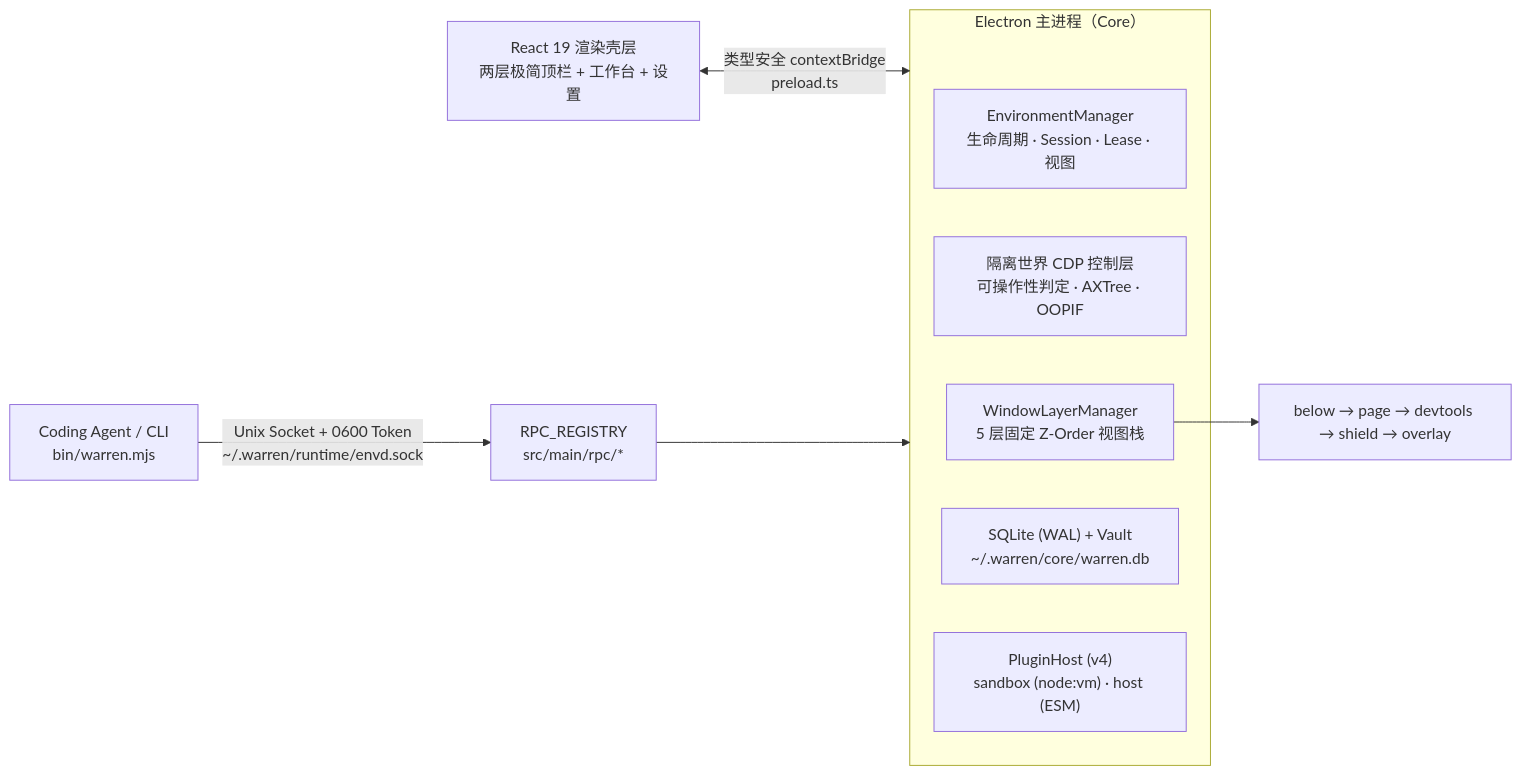
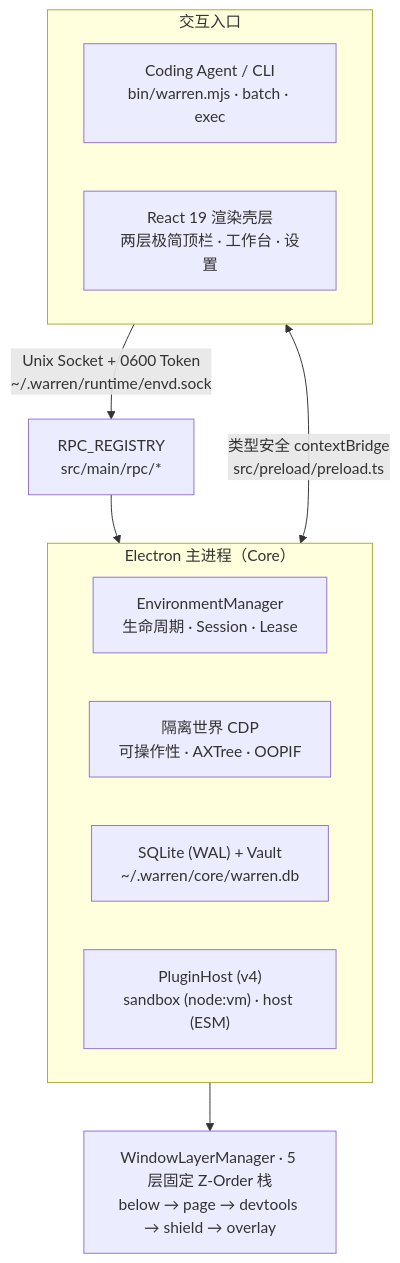
Before and after one commit to euanguo/warren: the diagram in README.zh-CN.md, drawn with Mermaid. The commit also changed other lines of this file and 7 other files, not shown here.

Commit message:
fix(ci,docs): host reliable local SVG badges, fix whistle CI install, and optimize Mermaid layout

````diff
--- a/README.zh-CN.md
+++ b/README.zh-CN.md
@@ -212,16 +210,22 @@
 ```mermaid
-flowchart LR
-  CLI["Coding Agent / CLI<br/>bin/warren.mjs"] -->|"Unix Socket + 0600 Token<br/>~/.warren/runtime/envd.sock"| RPC["RPC_REGISTRY<br/>src/main/rpc/*"]
-  UI["React 19 渲染壳层<br/>两层极简顶栏 + 工作台 + 设置"] <-->|"类型安全 contextBridge<br/>preload.ts"| Core
+flowchart TB
+  subgraph Clients["交互入口"]
+    direction LR
+    CLI["Coding Agent / CLI<br/>bin/warren.mjs · batch · exec"]
+    UI["React 19 渲染壳层<br/>两层极简顶栏 · 工作台 · 设置"]
+  end
+
+  CLI -->|"Unix Socket + 0600 Token<br/>~/.warren/runtime/envd.sock"| RPC["RPC_REGISTRY<br/>src/main/rpc/*"]
+  UI <-->|"类型安全 contextBridge<br/>src/preload/preload.ts"| Core
+  RPC --> Core
 
   subgraph Core["Electron 主进程（Core）"]
-    Env["EnvironmentManager<br/>生命周期 · Session · Lease · 视图"]
-    CDP["隔离世界 CDP 控制层<br/>可操作性判定 · AXTree · OOPIF"]
-    Layers["WindowLayerManager<br/>5 层固定 Z-Order 视图栈"]
+    direction LR
+    Env["EnvironmentManager<br/>生命周期 · Session · Lease"]
+    CDP["隔离世界 CDP<br/>可操作性 · AXTree · OOPIF"]
     Store["SQLite (WAL) + Vault<br/>~/.warren/core/warren.db"]
     Plugins["PluginHost (v4)<br/>sandbox (node:vm) · host (ESM)"]
   end
 
-  RPC --> Core
-  Layers --> Stack["below → page → devtools → shield → overlay"]
+  Core --> Layers["WindowLayerManager · 5 层固定 Z-Order 栈<br/>below → page → devtools → shield → overlay"]
 ```
````
